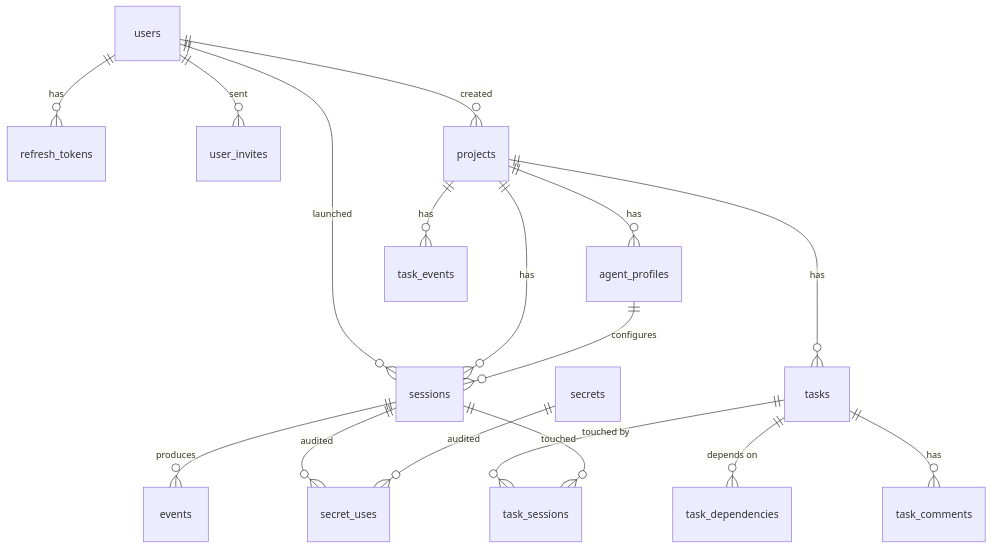
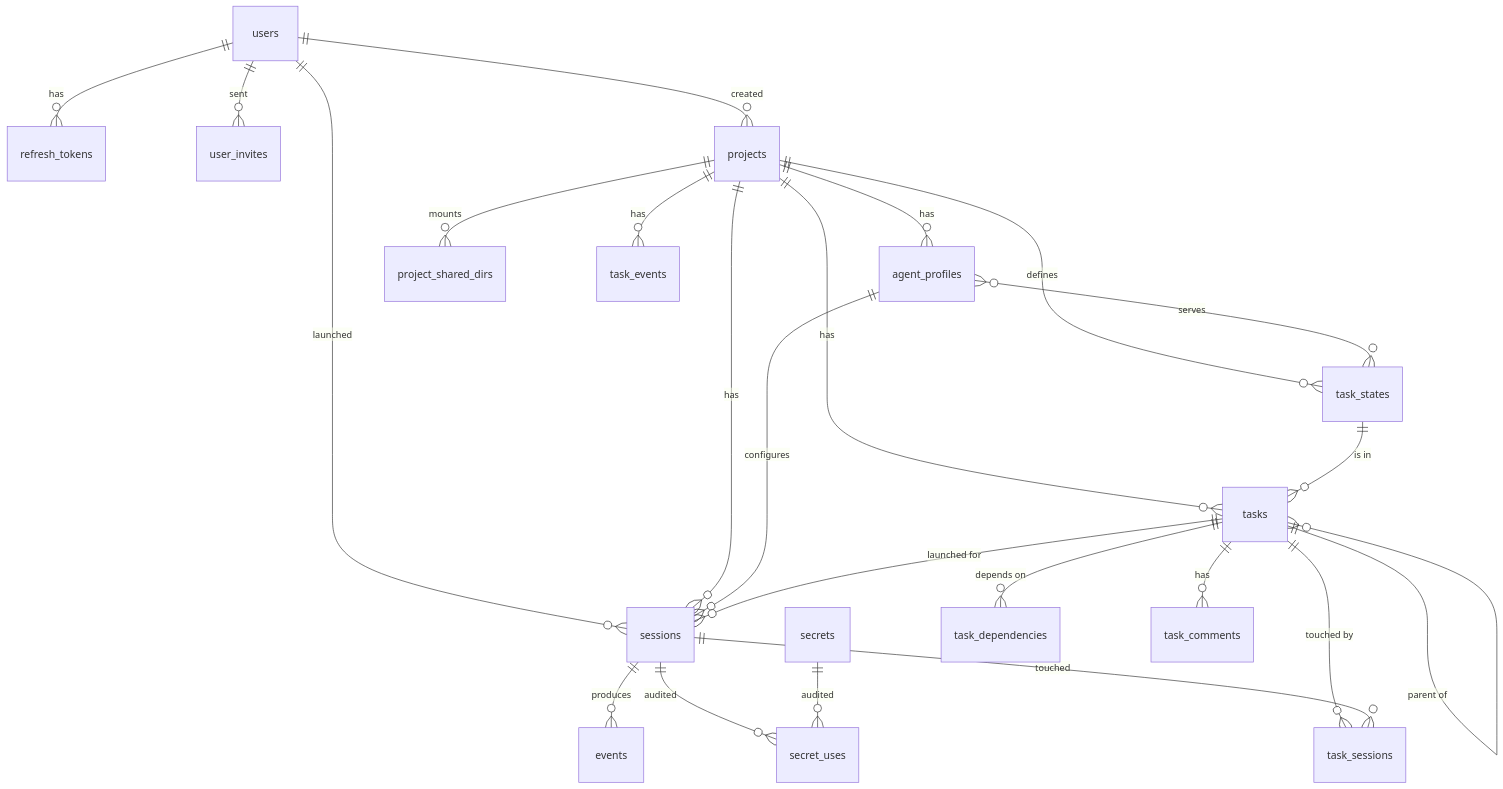
One commit to LHelge/mars changed the diagram in docs/data-model.md. Above: the diagram before and after it, drawn with Mermaid. The commit also changed other lines of this file and 14 other files, not shown here.

````diff
--- a/docs/data-model.md
+++ b/docs/data-model.md
@@ -18,19 +18,25 @@
 ```mermaid
 erDiagram
     users ||--o{ refresh_tokens : has
     users ||--o{ user_invites : sent
     users ||--o{ projects : created
     users ||--o{ sessions : launched
     projects ||--o{ agent_profiles : has
+    projects ||--o{ project_shared_dirs : mounts
     projects ||--o{ sessions : has
+    projects ||--o{ task_states : defines
     projects ||--o{ tasks : has
     projects ||--o{ task_events : has
+    task_states ||--o{ tasks : "is in"
+    agent_profiles }o--o{ task_states : serves
     agent_profiles ||--o{ sessions : configures
+    tasks ||--o{ sessions : "launched for"
+    tasks ||--o{ tasks : "parent of"
     sessions ||--o{ events : produces
     sessions ||--o{ secret_uses : audited
     secrets ||--o{ secret_uses : audited
     tasks ||--o{ task_dependencies : "depends on"
     tasks ||--o{ task_comments : has
     tasks ||--o{ task_sessions : "touched by"
     sessions ||--o{ task_sessions : touched
 ```
````
